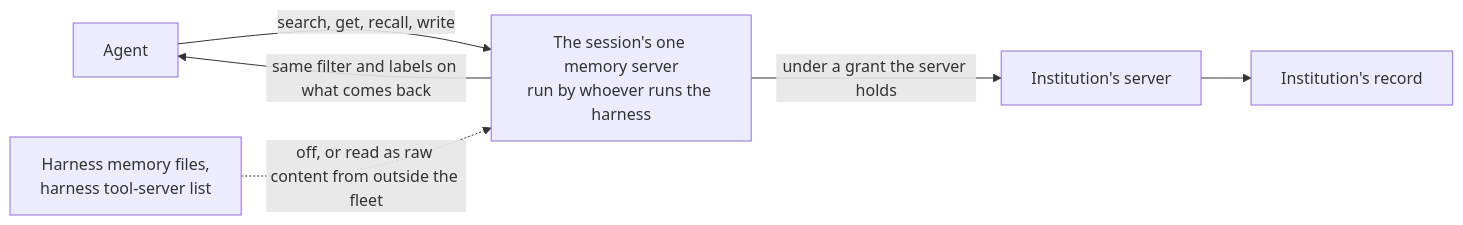
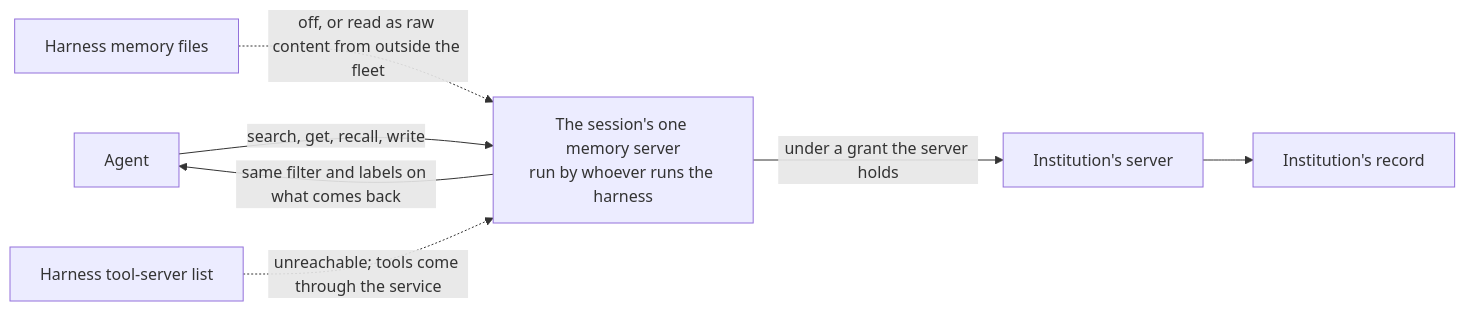
The fifth of 9 diagrams in docs/durable-memory-for-disposable-agents.md (apache/tooling-memory), drawn with Mermaid before and after one commit. The commit also changed other lines of this file and 3 other files, not shown here.

````diff
--- a/docs/durable-memory-for-disposable-agents.md
+++ b/docs/durable-memory-for-disposable-agents.md
@@ -487,8 +487,9 @@
 ```mermaid
 flowchart LR
     A["Agent"] -->|"search, get, recall, write"| S["The session's one memory server<br/>run by whoever runs the harness"]
     S -->|"under a grant the server holds"| I["Institution's server"]
     I --> R["Institution's record"]
     S -->|"same filter and labels on what comes back"| A
-    H["Harness memory files,<br/>harness tool-server list"] -.->|"off, or read as raw content from outside the fleet"| S
+    F["Harness memory files"] -.->|"off, or read as raw content from outside the fleet"| S
+    T["Harness tool-server list"] -.->|"unreachable; tools come through the service"| S
 ```
````
